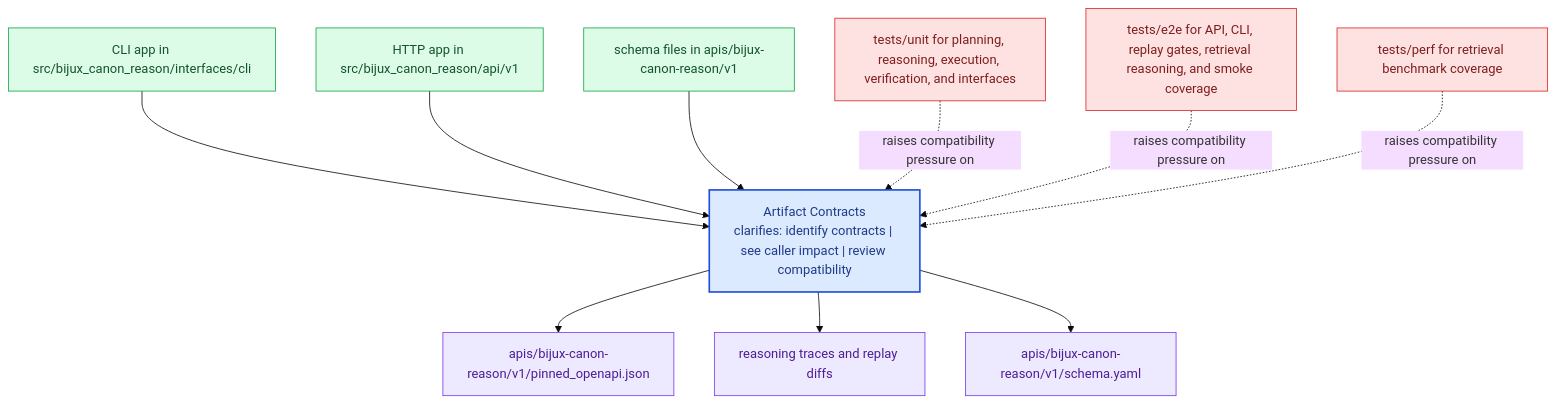
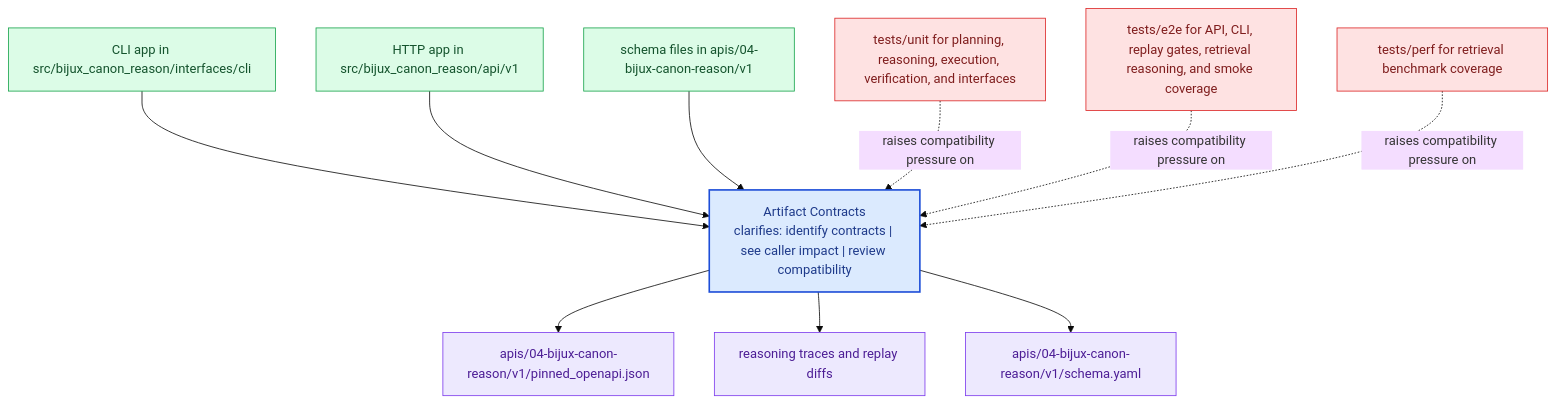
The diagram in docs/04-bijux-canon-reason/interfaces/artifact-contracts.md (bijux/bijux-canon), drawn with Mermaid (base theme) before and after one commit. The commit also changed other lines of this file and 167 other files, not shown here.

````diff
--- a/docs/04-bijux-canon-reason/interfaces/artifact-contracts.md
+++ b/docs/04-bijux-canon-reason/interfaces/artifact-contracts.md
@@ -23,31 +23,31 @@
 ```mermaid
 flowchart TB
     page["Artifact Contracts<br/>clarifies: identify contracts | see caller impact | review compatibility"]
     classDef page fill:#dbeafe,stroke:#1d4ed8,color:#1e3a8a,stroke-width:2px;
     classDef positive fill:#dcfce7,stroke:#16a34a,color:#14532d;
     classDef caution fill:#fee2e2,stroke:#dc2626,color:#7f1d1d;
     classDef anchor fill:#ede9fe,stroke:#7c3aed,color:#4c1d95;
     classDef action fill:#fef3c7,stroke:#d97706,color:#7c2d12;
     surface1["CLI app in src/bijux_canon_reason/interfaces/cli"]
     surface1 --> page
     surface2["HTTP app in src/bijux_canon_reason/api/v1"]
     surface2 --> page
-    surface3["schema files in apis/bijux-canon-reason/v1"]
+    surface3["schema files in apis/04-bijux-canon-reason/v1"]
     surface3 --> page
-    proof1["apis/bijux-canon-reason/v1/pinned_openapi.json"]
+    proof1["apis/04-bijux-canon-reason/v1/pinned_openapi.json"]
     page --> proof1
     proof2["reasoning traces and replay diffs"]
     page --> proof2
-    proof3["apis/bijux-canon-reason/v1/schema.yaml"]
+    proof3["apis/04-bijux-canon-reason/v1/schema.yaml"]
     page --> proof3
     review1["tests/unit for planning, reasoning, execution, verification, and interfaces"]
     review1 -.raises compatibility pressure on.-> page
     review2["tests/e2e for API, CLI, replay gates, retrieval reasoning, and smoke coverage"]
     review2 -.raises compatibility pressure on.-> page
     review3["tests/perf for retrieval benchmark coverage"]
     review3 -.raises compatibility pressure on.-> page
     class page page;
     class surface1,surface2,surface3 positive;
     class proof1,proof2,proof3 anchor;
     class review1,review2,review3 caution;
 ```
````
